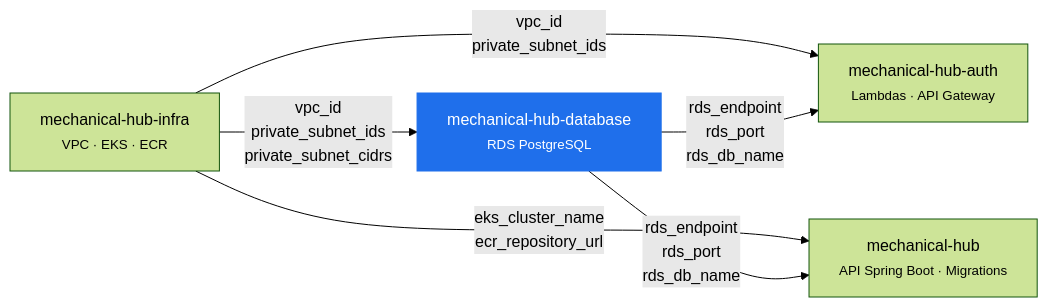
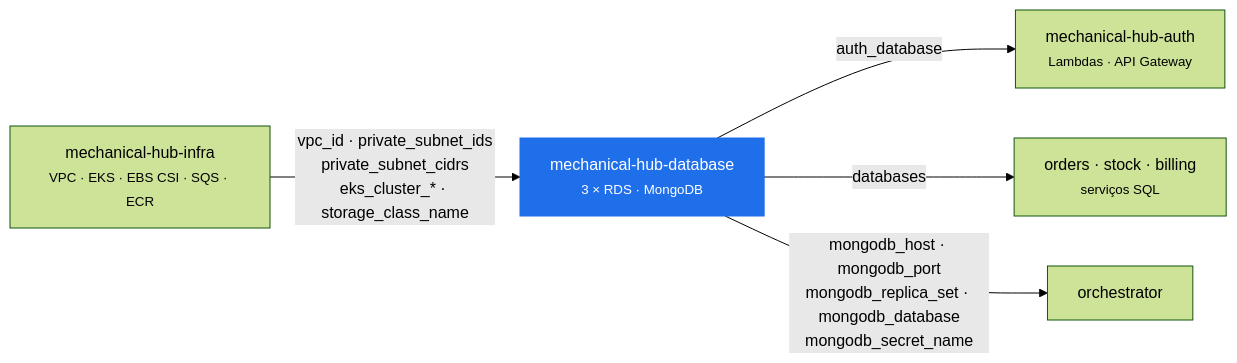
Before and after one commit to Yngredh/mechanical-hub-database: the first of 2 diagrams in README.md, drawn with Mermaid (forest theme). The commit also changed other lines of this file, not shown here.

````diff
--- a/README.md
+++ b/README.md
@@ -44,15 +91,15 @@
 ```mermaid
 flowchart LR
-    infra["mechanical-hub-infra<br/><small>VPC · EKS · ECR</small>"]
-    db["mechanical-hub-database<br/><small>RDS PostgreSQL</small>"]
+    infra["mechanical-hub-infra<br/><small>VPC · EKS · EBS CSI · SQS · ECR</small>"]
+    db["mechanical-hub-database<br/><small>3 × RDS · MongoDB</small>"]
     auth["mechanical-hub-auth<br/><small>Lambdas · API Gateway</small>"]
-    app["mechanical-hub<br/><small>API Spring Boot · Migrations</small>"]
+    svc["orders · stock · billing<br/><small>serviços SQL</small>"]
+    orc["orchestrator"]
 
-    infra -->|vpc_id<br/>private_subnet_ids<br/>private_subnet_cidrs| db
-    infra -->|vpc_id<br/>private_subnet_ids| auth
-    infra -->|eks_cluster_name<br/>ecr_repository_url| app
-    db -->|rds_endpoint<br/>rds_port<br/>rds_db_name| auth
-    db -->|rds_endpoint<br/>rds_port<br/>rds_db_name| app
+    infra -->|vpc_id · private_subnet_ids<br/>private_subnet_cidrs<br/>eks_cluster_* · storage_class_name| db
+    db -->|auth_database| auth
+    db -->|databases| svc
+    db -->|mongodb_host · mongodb_port<br/>mongodb_replica_set · mongodb_database<br/>mongodb_secret_name| orc
 
     style db fill:#1f6feb,stroke:#1f6feb,color:#fff
 ```
````
